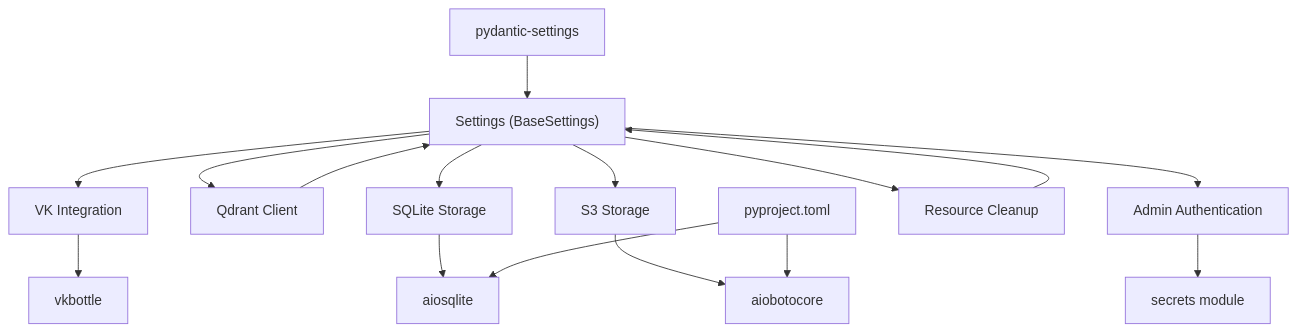
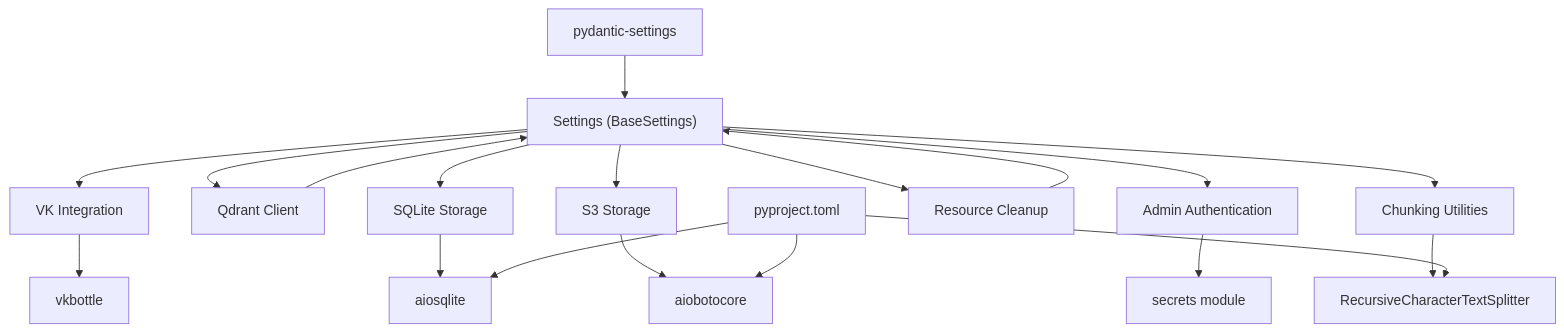
Before and after one commit to ognelis/cafetera_hr_bot: the sixth of 10 diagrams in .qoder/repowiki/en/content/Configuration Management.md, drawn with Mermaid. The commit also changed other lines of this file and 16 other files, not shown here.

````diff
--- a/.qoder/repowiki/en/content/Configuration Management.md
+++ b/.qoder/repowiki/en/content/Configuration Management.md
@@ -319,31 +358,36 @@
 ```mermaid
 graph TB
 Settings["Settings (BaseSettings)"]
 Pydantic["pydantic-settings"]
 VKIntegration["VK Integration"]
 VKLib["vkbottle"]
 Qdrant["Qdrant Client"]
 SQLite["SQLite Storage"]
 Aiosqlite["aiosqlite"]
 S3Storage["S3 Storage"]
 Aiobotocore["aiobotocore"]
 AdminAuth["Admin Authentication"]
 Secrets["secrets module"]
 Cleanup["Resource Cleanup"]
+ChunkingUtils["Chunking Utilities"]
+RecursiveSplitter["RecursiveCharacterTextSplitter"]
 Pyproject["pyproject.toml"]
 Pydantic --> Settings
 Settings --> VKIntegration
 Settings --> Qdrant
 Settings --> SQLite
 Settings --> S3Storage
 Settings --> AdminAuth
 Settings --> Cleanup
+Settings --> ChunkingUtils
+ChunkingUtils --> RecursiveSplitter
 VKIntegration --> VKLib
 Qdrant --> Settings
 SQLite --> Aiosqlite
 S3Storage --> Aiobotocore
 AdminAuth --> Secrets
 Cleanup --> Settings
 Pyproject --> Aiosqlite
 Pyproject --> Aiobotocore
+Pyproject --> RecursiveSplitter
 ```
````
